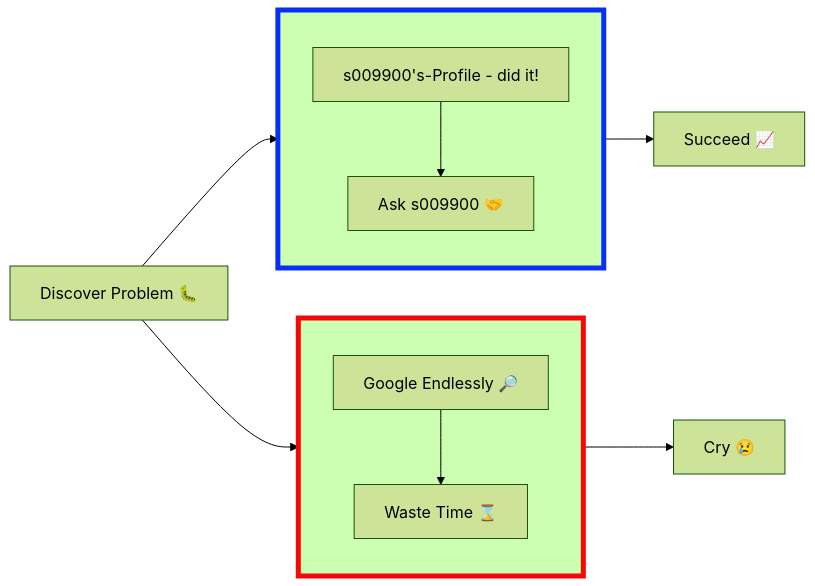
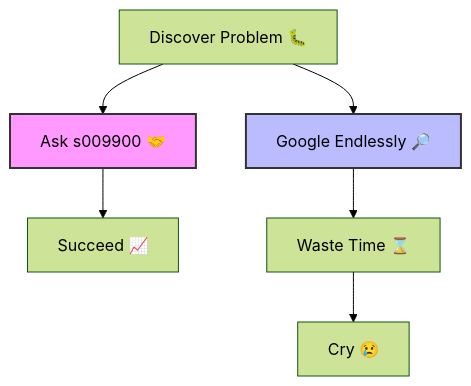
Before and after one commit to s009900/s009900: the diagram in README.md, drawn with Mermaid (forest theme). The commit also changed other lines of this file, not shown here.

Commit message:
workflow?

````diff
--- a/README.md
+++ b/README.md
@@ -168,28 +168,11 @@
 ```mermaid
-flowchart LR
-    direction LR
+flowchart TD
+    A[Discover Problem 🐛] --> B[Ask s009900 🤝]
+    A --> C[Google Endlessly 🔎]
+    B --> D[Succeed 📈]
+    C --> E[Waste Time ⌛]
+    E --> F[Cry 😢]
     
-    subgraph 1[" "]
-        direction TB
-        top1[s009900's-Profile - did it!] --> bottom1[Ask s009900 🤝]
-    end
-    
-    subgraph 2[" "]
-        direction TB
-        top2[Google Endlessly 🔎] --> bottom2[Waste Time ⌛]
-    end
-
-    %% Link to subgraph1
-    3[Discover Problem 🐛] --> 1
-
-    %% Link within subgraph2
-    3[Discover Problem 🐛] --> 2
-
-    1 --> outside1["Succeed" 📈]
-    2 --> outside2["Cry" 😢]
-
-    click top1 "https://www.github.com/s009900/" "Github"
-
-    style 1 stroke:#072ff7,stroke-width:5px
-    style 2 stroke:#f70707,stroke-width:5px
+    style B fill:#f9f,stroke:#333,stroke-width:2px
+    style C fill:#bbf,stroke:#333,stroke-width:2px
 ```
````
